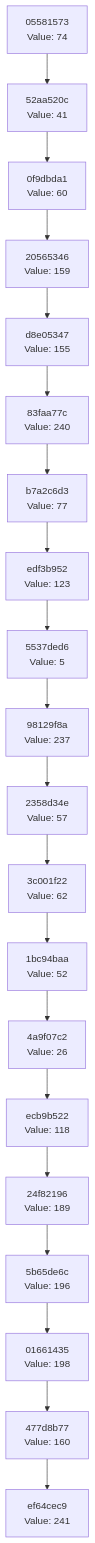
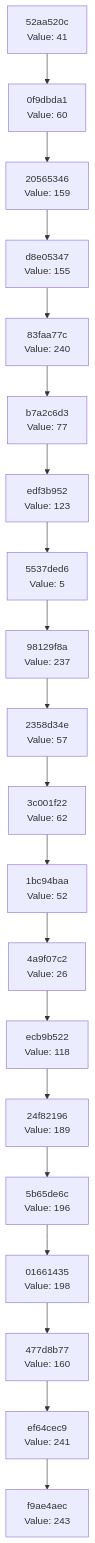
The diagram in docs/CHAIN_VISUALIZATION.md (Abhisheksinha1506/hash-chain-evolver), drawn with Mermaid before and after one commit. The commit also changed 2 other files, not shown here.

Commit message:
Evolution Step

````diff
--- a/docs/CHAIN_VISUALIZATION.md
+++ b/docs/CHAIN_VISUALIZATION.md
@@ -3,42 +3,42 @@
 ```mermaid
 graph TD
-    C0["ef64cec9<br/>Value: 241"]
-    C1["477d8b77<br/>Value: 160"]
+    C0["f9ae4aec<br/>Value: 243"]
+    C1["ef64cec9<br/>Value: 241"]
     C1 --> C0
-    C2["01661435<br/>Value: 198"]
+    C2["477d8b77<br/>Value: 160"]
     C2 --> C1
-    C3["5b65de6c<br/>Value: 196"]
+    C3["01661435<br/>Value: 198"]
     C3 --> C2
-    C4["24f82196<br/>Value: 189"]
+    C4["5b65de6c<br/>Value: 196"]
     C4 --> C3
-    C5["ecb9b522<br/>Value: 118"]
+    C5["24f82196<br/>Value: 189"]
     C5 --> C4
-    C6["4a9f07c2<br/>Value: 26"]
+    C6["ecb9b522<br/>Value: 118"]
     C6 --> C5
-    C7["1bc94baa<br/>Value: 52"]
+    C7["4a9f07c2<br/>Value: 26"]
     C7 --> C6
-    C8["3c001f22<br/>Value: 62"]
+    C8["1bc94baa<br/>Value: 52"]
     C8 --> C7
-    C9["2358d34e<br/>Value: 57"]
+    C9["3c001f22<br/>Value: 62"]
     C9 --> C8
-    C10["98129f8a<br/>Value: 237"]
+    C10["2358d34e<br/>Value: 57"]
     C10 --> C9
-    C11["5537ded6<br/>Value: 5"]
+    C11["98129f8a<br/>Value: 237"]
     C11 --> C10
-    C12["edf3b952<br/>Value: 123"]
+    C12["5537ded6<br/>Value: 5"]
     C12 --> C11
-    C13["b7a2c6d3<br/>Value: 77"]
+    C13["edf3b952<br/>Value: 123"]
     C13 --> C12
-    C14["83faa77c<br/>Value: 240"]
+    C14["b7a2c6d3<br/>Value: 77"]
     C14 --> C13
-    C15["d8e05347<br/>Value: 155"]
+    C15["83faa77c<br/>Value: 240"]
     C15 --> C14
-    C16["20565346<br/>Value: 159"]
+    C16["d8e05347<br/>Value: 155"]
     C16 --> C15
-    C17["0f9dbda1<br/>Value: 60"]
+    C17["20565346<br/>Value: 159"]
     C17 --> C16
-    C18["52aa520c<br/>Value: 41"]
+    C18["0f9dbda1<br/>Value: 60"]
     C18 --> C17
-    C19["05581573<br/>Value: 74"]
+    C19["52aa520c<br/>Value: 41"]
     C19 --> C18
 ```
````
